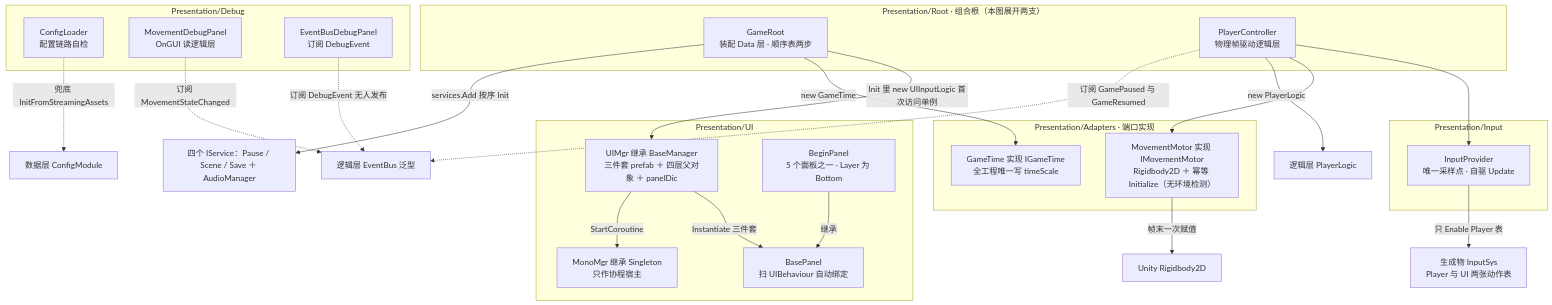
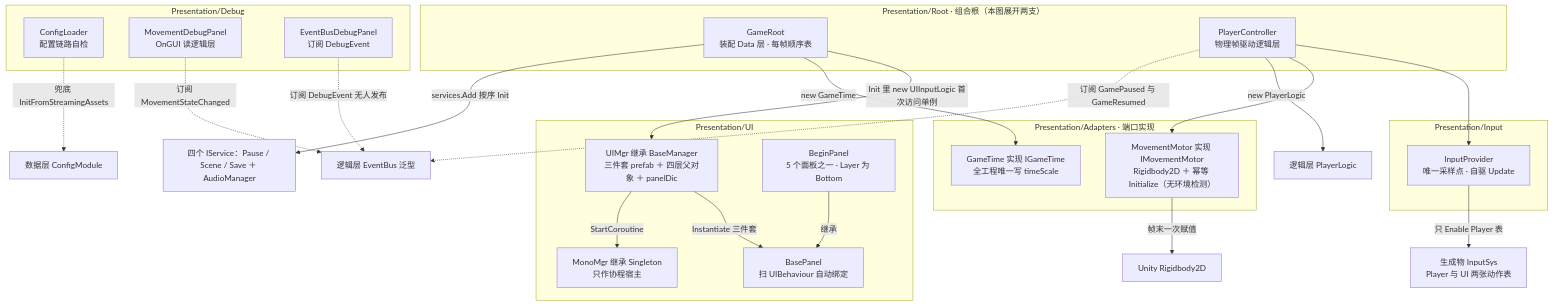
The fourth of 16 diagrams in Docs/框架设计/架构图集.md (5FYZhou/deepseaoil), drawn with Mermaid before and after one commit. The commit also changed other lines of this file and 34 other files, not shown here.

````diff
--- a/Docs/框架设计/架构图集.md
+++ b/Docs/框架设计/架构图集.md
@@ -190,46 +190,46 @@
 ```mermaid
 flowchart TD
   subgraph ROOT["Presentation/Root · 组合根（本图展开两支）"]
-    GR["GameRoot<br/>装配 Data 层 · 顺序表两步"]
+    GR["GameRoot<br/>装配 Data 层 · 每帧顺序表"]
     PC["PlayerController<br/>物理帧驱动逻辑层"]
   end
   subgraph ADP["Presentation/Adapters · 端口实现"]
     MM["MovementMotor 实现 IMovementMotor<br/>Rigidbody2D ＋ 幂等 Initialize（无环境检测）"]
     GT["GameTime 实现 IGameTime<br/>全工程唯一写 timeScale"]
   end
   subgraph PIN["Presentation/Input"]
     IP["InputProvider<br/>唯一采样点 · 自驱 Update"]
   end
   subgraph UIG["Presentation/UI"]
     UM["UIMgr 继承 BaseManager<br/>三件套 prefab ＋ 四层父对象 ＋ panelDic"]
     BP["BasePanel<br/>扫 UIBehaviour 自动绑定"]
     BG["BeginPanel<br/>5 个面板之一 · Layer 为 Bottom"]
     MMR["MonoMgr 继承 Singleton<br/>只作协程宿主"]
   end
   subgraph DBG["Presentation/Debug"]
     CL["ConfigLoader<br/>配置链路自检"]
     MDP["MovementDebugPanel<br/>OnGUI 读逻辑层"]
     EBP["EventBusDebugPanel<br/>订阅 DebugEvent"]
   end
   ISY["生成物 InputSys<br/>Player 与 UI 两张动作表"]
   CM2["数据层 ConfigModule"]
   EBS["逻辑层 EventBus 泛型"]
   PL2["逻辑层 PlayerLogic"]
   SVC2["四个 IService：Pause / Scene / Save ＋ AudioManager"]
   RB["Unity Rigidbody2D"]
   GR -->|"Init 里 new UIInputLogic 首次访问单例"| UM
   GR -->|"new GameTime"| GT
   GR -->|"services.Add 按序 Init"| SVC2
   PC --> IP
   PC --> MM
   PC -->|"new PlayerLogic"| PL2
   PC -.->|"订阅 GamePaused 与 GameResumed"| EBS
   UM -->|"Instantiate 三件套"| BP
   BG -->|"继承"| BP
   UM -->|"StartCoroutine"| MMR
   IP -->|"只 Enable Player 表"| ISY
   MM -->|"帧末一次赋值"| RB
   MDP -.->|"订阅 MovementStateChanged"| EBS
   EBP -.->|"订阅 DebugEvent 无人发布"| EBS
   CL -.->|"兜底 InitFromStreamingAssets"| CM2
 ```
````
